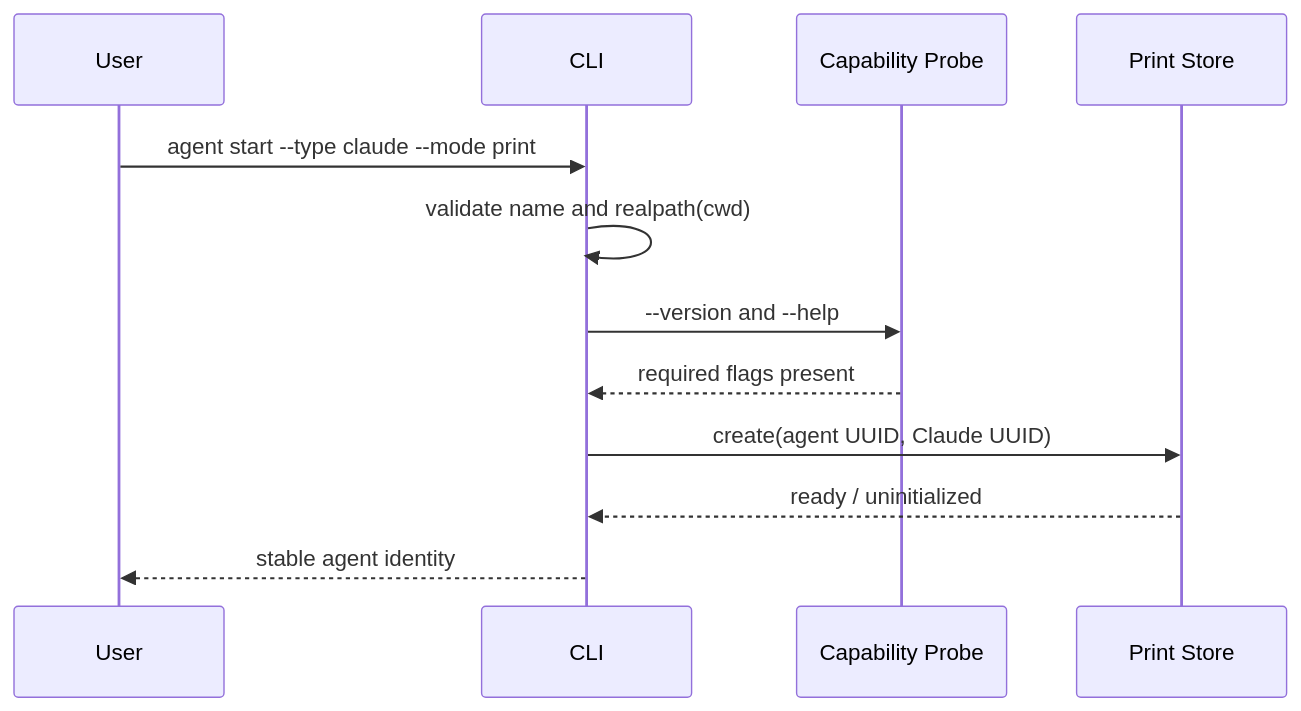
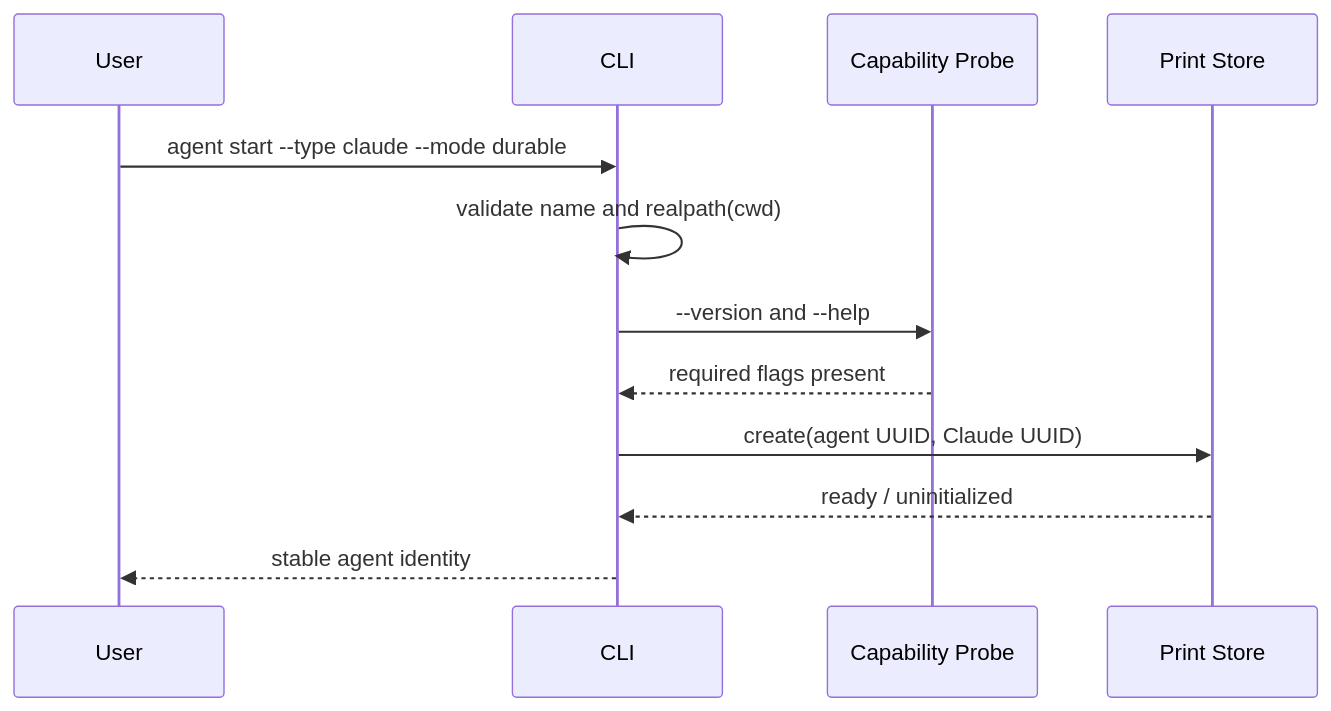
Before and after one commit to codeaholicguy/ai-devkit: the second of 3 diagrams in docs/ai/design/2026-08-07-feature-agent-print-mode.md, drawn with Mermaid. The commit also changed 8 other files, not shown here.

Commit message:
fix(cli): rename durable agent start mode (#190)

````diff
--- a/docs/ai/design/2026-08-07-feature-agent-print-mode.md
+++ b/docs/ai/design/2026-08-07-feature-agent-print-mode.md
@@ -257,14 +257,14 @@
 ```mermaid
 sequenceDiagram
     participant U as User
     participant C as CLI
     participant P as Capability Probe
     participant S as Print Store
-    U->>C: agent start --type claude --mode print
+    U->>C: agent start --type claude --mode durable
     C->>C: validate name and realpath(cwd)
     C->>P: --version and --help
     P-->>C: required flags present
     C->>S: create(agent UUID, Claude UUID)
     S-->>C: ready / uninitialized
     C-->>U: stable agent identity
 ```
````
